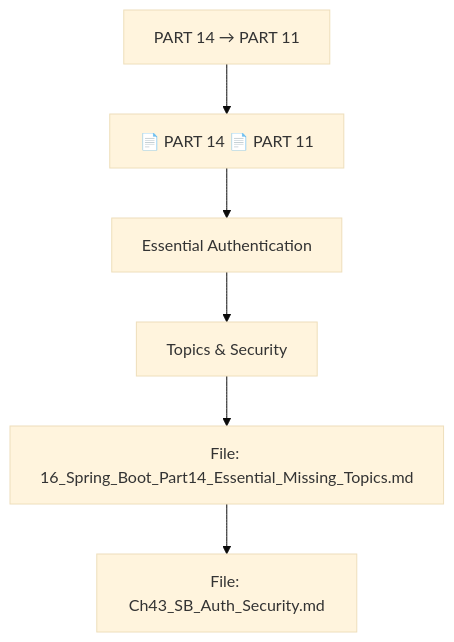
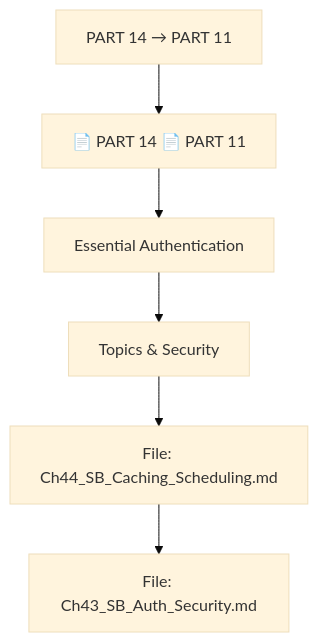
Before and after one commit to SaiHarsha502vvit/Daily-Prep: the seventh of 11 diagrams in 07_Modern_Java/Ch24_Spring_Boot_Roadmap.md, drawn with Mermaid (base theme). The commit also changed other lines of this file and 93 other files, not shown here.

````diff
--- a/07_Modern_Java/Ch24_Spring_Boot_Roadmap.md
+++ b/07_Modern_Java/Ch24_Spring_Boot_Roadmap.md
@@ -633,14 +633,14 @@
 ```mermaid
 flowchart TD
     N1["PART 14 → PART 11"]
     N2["📄 PART 14 📄 PART 11"]
     N3["Essential Authentication"]
     N4["Topics & Security"]
-    N5["File: 16_Spring_Boot_Part14_Essential_Missing_Topics.md"]
+    N5["File: Ch44_SB_Caching_Scheduling.md"]
     N6["File: Ch43_SB_Auth_Security.md"]
     N1 --> N2
     N2 --> N3
     N3 --> N4
     N4 --> N5
     N5 --> N6
 ```
````
